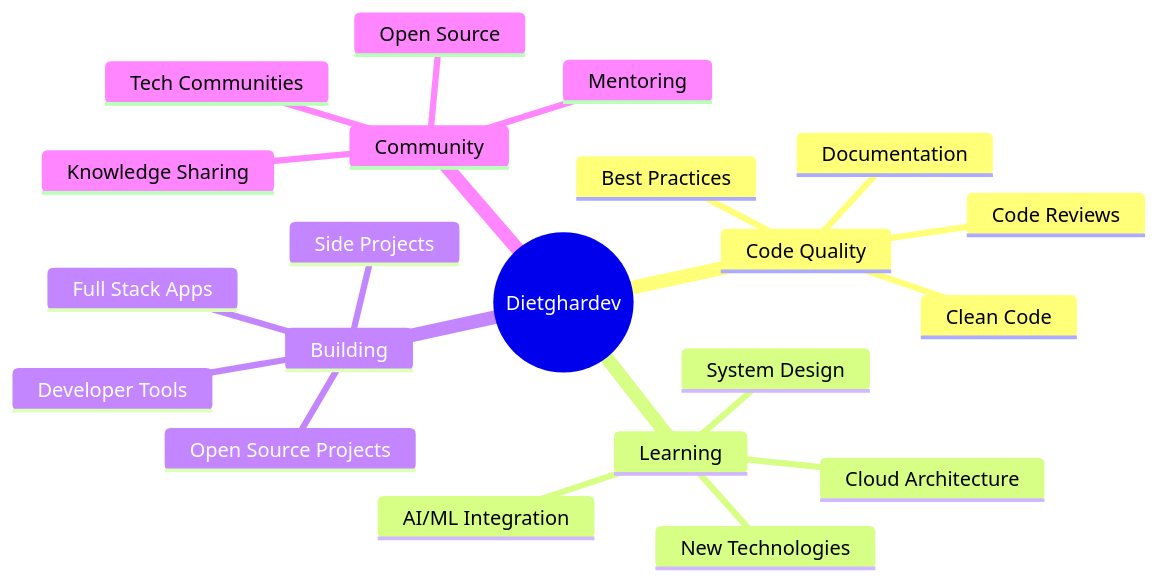
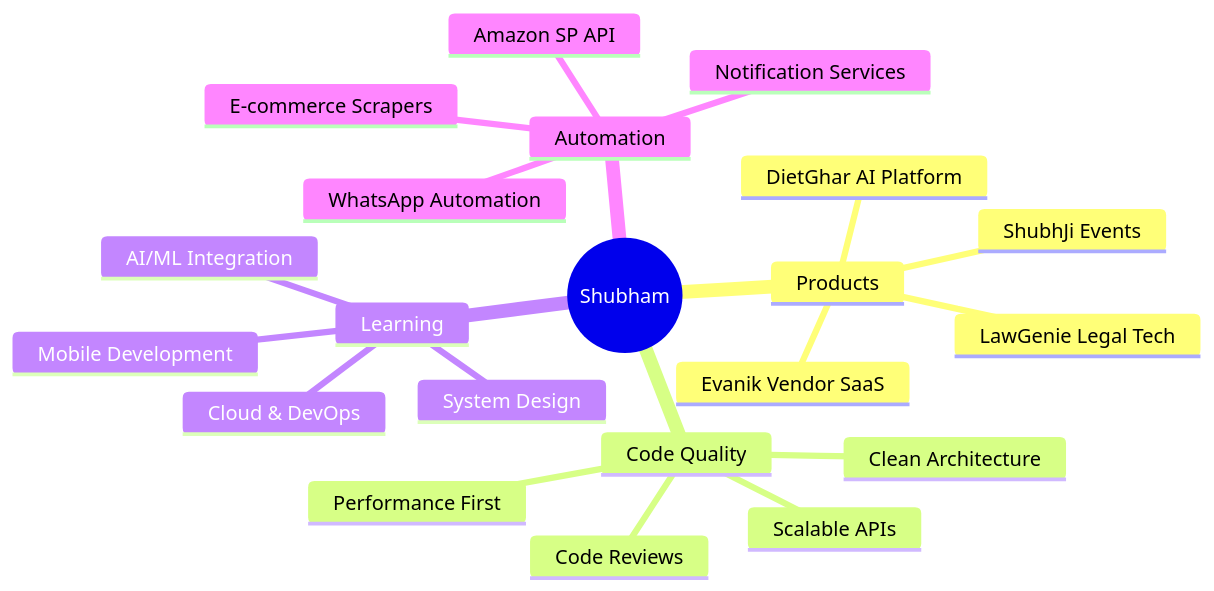
One commit to dietghardev/dietghardev changed the diagram in README.md. Above: the diagram before and after it, drawn with Mermaid. The commit also changed other lines of this file, not shown here.

Commit message:
docs: update profile with real stats, products and achievements

````diff
--- a/README.md
+++ b/README.md
@@ -227,24 +207,24 @@
 ```mermaid
 mindmap
-  root((Dietghardev))
+  root((Shubham))
+    Products
+      DietGhar AI Platform
+      Evanik Vendor SaaS
+      LawGenie Legal Tech
+      ShubhJi Events
     Code Quality
-      Clean Code
-      Best Practices
+      Clean Architecture
+      Scalable APIs
       Code Reviews
-      Documentation
+      Performance First
     Learning
       AI/ML Integration
       System Design
-      Cloud Architecture
-      New Technologies
-    Building
-      Full Stack Apps
-      Open Source Projects
-      Developer Tools
-      Side Projects
-    Community
-      Open Source
-      Tech Communities
-      Mentoring
-      Knowledge Sharing
+      Cloud & DevOps
+      Mobile Development
+    Automation
+      E-commerce Scrapers
+      WhatsApp Automation
+      Amazon SP API
+      Notification Services
 ```
````
